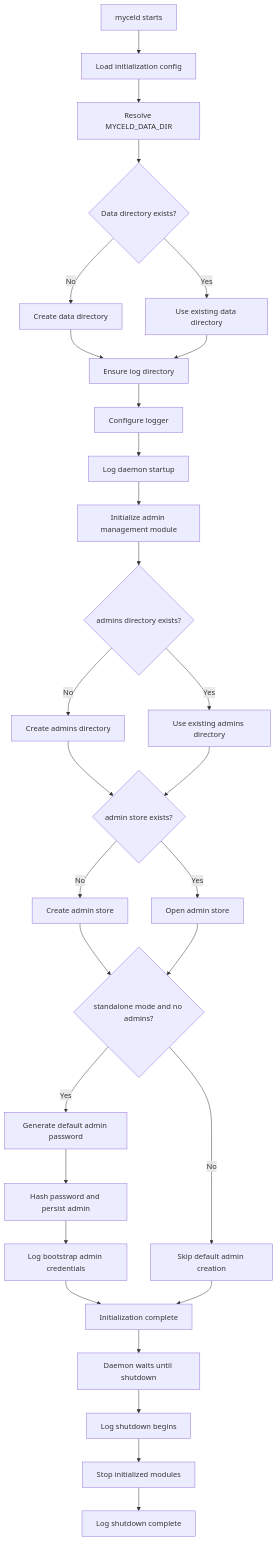
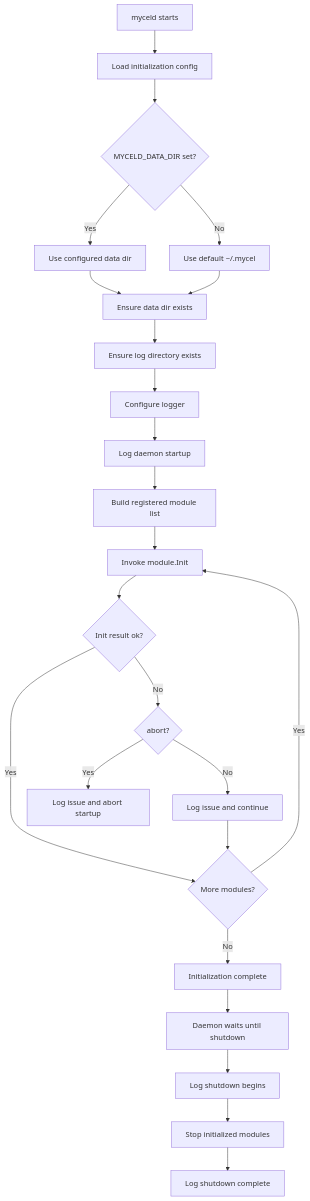
The first of 2 diagrams in docs/v2/design/initialization.md (MycelDB/mycel), drawn with Mermaid before and after one commit. The commit also changed other lines of this file and 13 other files, not shown here.

Commit message:
feat: initialize myceld filesystem and admin store

````diff
--- a/docs/v2/design/initialization.md
+++ b/docs/v2/design/initialization.md
@@ -145,32 +197,26 @@
 ```mermaid
 flowchart TD
   A[myceld starts] --> B[Load initialization config]
-  B --> C[Resolve MYCELD_DATA_DIR]
-  C --> D{Data directory exists?}
-  D -- No --> E[Create data directory]
-  D -- Yes --> F[Use existing data directory]
-  E --> G[Ensure log directory]
-  F --> G
+  B --> C{MYCELD_DATA_DIR set?}
+  C -- Yes --> D[Use configured data dir]
+  C -- No --> E[Use default ~/.mycel]
+  D --> F[Ensure data dir exists]
+  E --> F
+  F --> G[Ensure log directory exists]
   G --> H[Configure logger]
   H --> I[Log daemon startup]
-  I --> J[Initialize admin management module]
-  J --> K{admins directory exists?}
-  K -- No --> L[Create admins directory]
-  K -- Yes --> M[Use existing admins directory]
-  L --> N{admin store exists?}
-  M --> N
-  N -- No --> O[Create admin store]
-  N -- Yes --> P[Open admin store]
-  O --> Q{standalone mode and no admins?}
-  P --> Q
-  Q -- Yes --> R[Generate default admin password]
-  R --> S[Hash password and persist admin]
-  S --> T[Log bootstrap admin credentials]
-  Q -- No --> U[Skip default admin creation]
-  T --> V[Initialization complete]
-  U --> V
-  V --> W[Daemon waits until shutdown]
-  W --> X[Log shutdown begins]
-  X --> Y[Stop initialized modules]
-  Y --> Z[Log shutdown complete]
+  I --> J[Build registered module list]
+  J --> K[Invoke module.Init]
+  K --> L{Init result ok?}
+  L -- Yes --> M{More modules?}
+  L -- No --> N{abort?}
+  N -- Yes --> O[Log issue and abort startup]
+  N -- No --> P[Log issue and continue]
+  P --> M
+  M -- Yes --> K
+  M -- No --> Q[Initialization complete]
+  Q --> R[Daemon waits until shutdown]
+  R --> S[Log shutdown begins]
+  S --> T[Stop initialized modules]
+  T --> U[Log shutdown complete]
 ```
````
